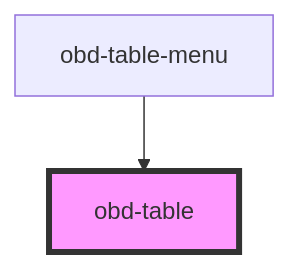
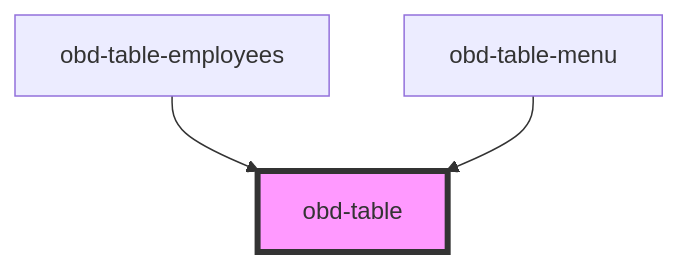
The diagram in src/components/table/readme.md (Matte478/bachelor-thesis-components), drawn with Mermaid before and after one commit. The commit also changed other lines of this file and 32 other files, not shown here.

Commit message:
employees table

````diff
--- a/src/components/table/readme.md
+++ b/src/components/table/readme.md
@@ -32,5 +33,6 @@
 ```mermaid
 graph TD;
+  obd-table-employees --> obd-table
   obd-table-menu --> obd-table
   style obd-table fill:#f9f,stroke:#333,stroke-width:4px
 ```
````
